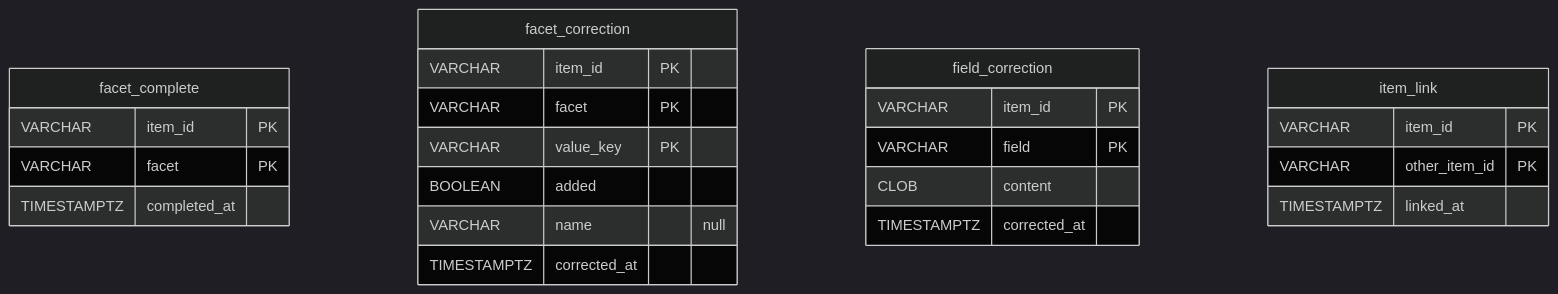
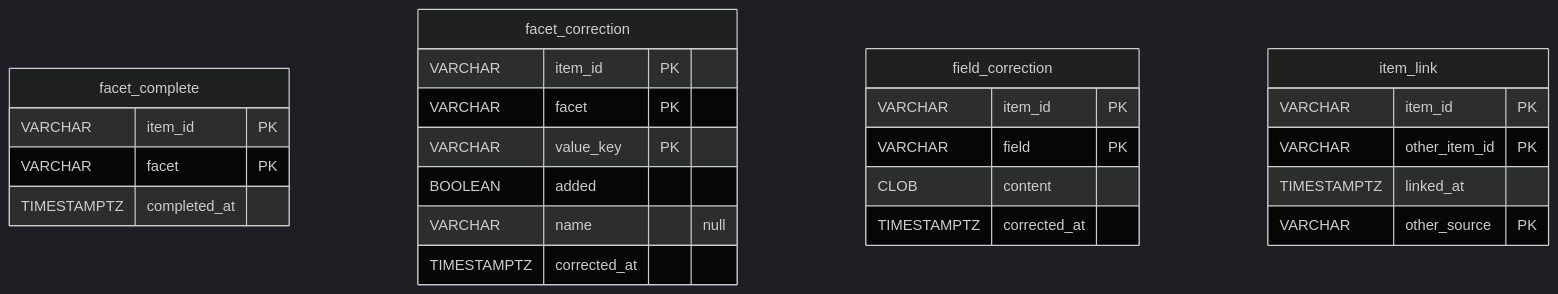
The diagram in docs/database/corrections.md (pralav-25/recommend4me), drawn with Mermaid (dark theme) before and after one commit. The commit also changed other lines of this file and 28 other files, not shown here.

````diff
--- a/docs/database/corrections.md
+++ b/docs/database/corrections.md
@@ -14,27 +14,28 @@
 ```mermaid
 erDiagram
     facet_complete {
         VARCHAR item_id PK
         VARCHAR facet PK
         TIMESTAMPTZ completed_at
     }
     facet_correction {
         VARCHAR item_id PK
         VARCHAR facet PK
         VARCHAR value_key PK
         BOOLEAN added
         VARCHAR name "null"
         TIMESTAMPTZ corrected_at
     }
     field_correction {
         VARCHAR item_id PK
         VARCHAR field PK
         CLOB content
         TIMESTAMPTZ corrected_at
     }
     item_link {
         VARCHAR item_id PK
         VARCHAR other_item_id PK
         TIMESTAMPTZ linked_at
+        VARCHAR other_source PK
     }
 ```
````
